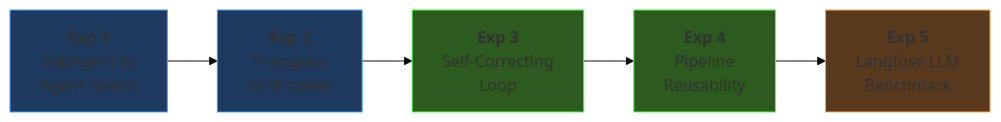
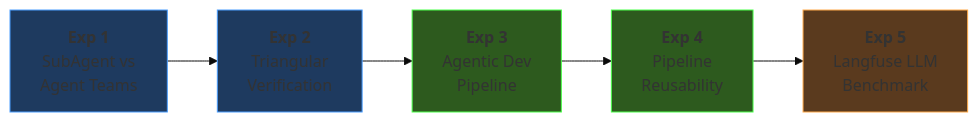
The diagram in docs/ppt/slides.md (ella-yschoi/renewal-review), drawn with Mermaid (base theme) before and after one commit. The commit also changed other lines of this file and 8 other files, not shown here.

````diff
--- a/docs/ppt/slides.md
+++ b/docs/ppt/slides.md
@@ -342,13 +347,13 @@
 ```mermaid {scale: 0.55}
 flowchart LR
     E1["<b>Exp 1</b><br/>SubAgent vs<br/>Agent Teams"] --> E2["<b>Exp 2</b><br/>Triangular<br/>Verification"]
-    E2 --> E3["<b>Exp 3</b><br/>Self-Correcting<br/>Loop"]
+    E2 --> E3["<b>Exp 3</b><br/>Agentic Dev<br/>Pipeline"]
     E3 --> E4["<b>Exp 4</b><br/>Pipeline<br/>Reusability"]
     E4 --> E5["<b>Exp 5</b><br/>Langfuse LLM<br/>Benchmark"]
 
     style E1 fill:#1e3a5f,stroke:#4a9eff
     style E2 fill:#1e3a5f,stroke:#4a9eff
     style E3 fill:#2d5a1e,stroke:#4aff4a
     style E4 fill:#2d5a1e,stroke:#4aff4a
     style E5 fill:#5a3a1e,stroke:#ffaa4a
 ```
````
